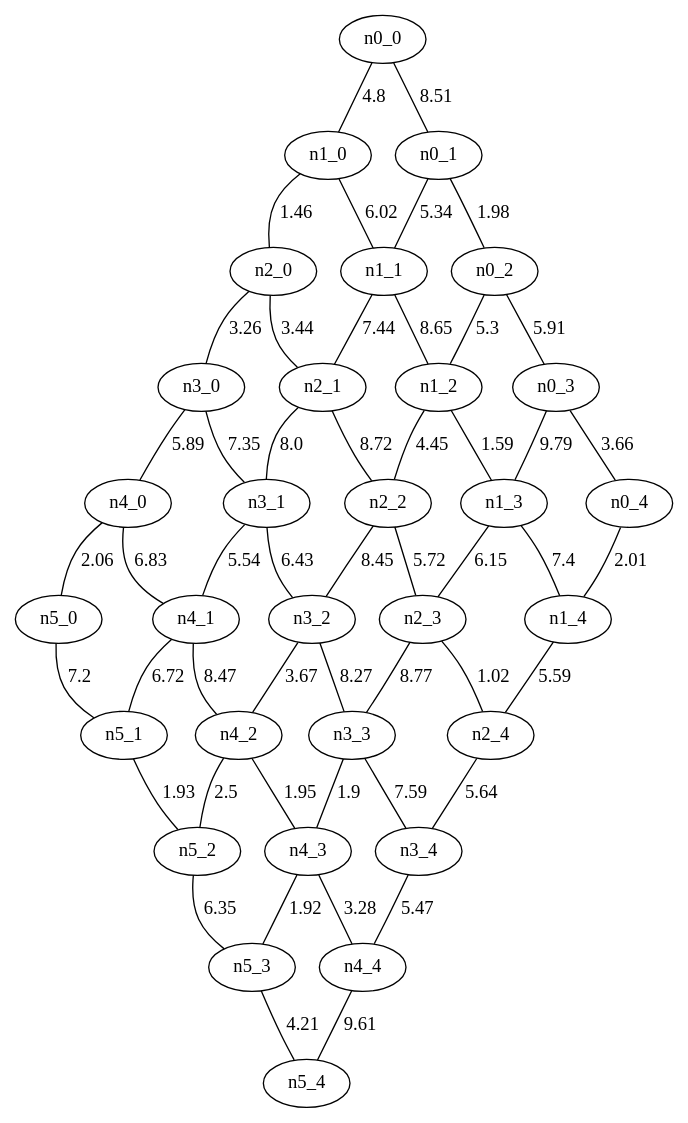
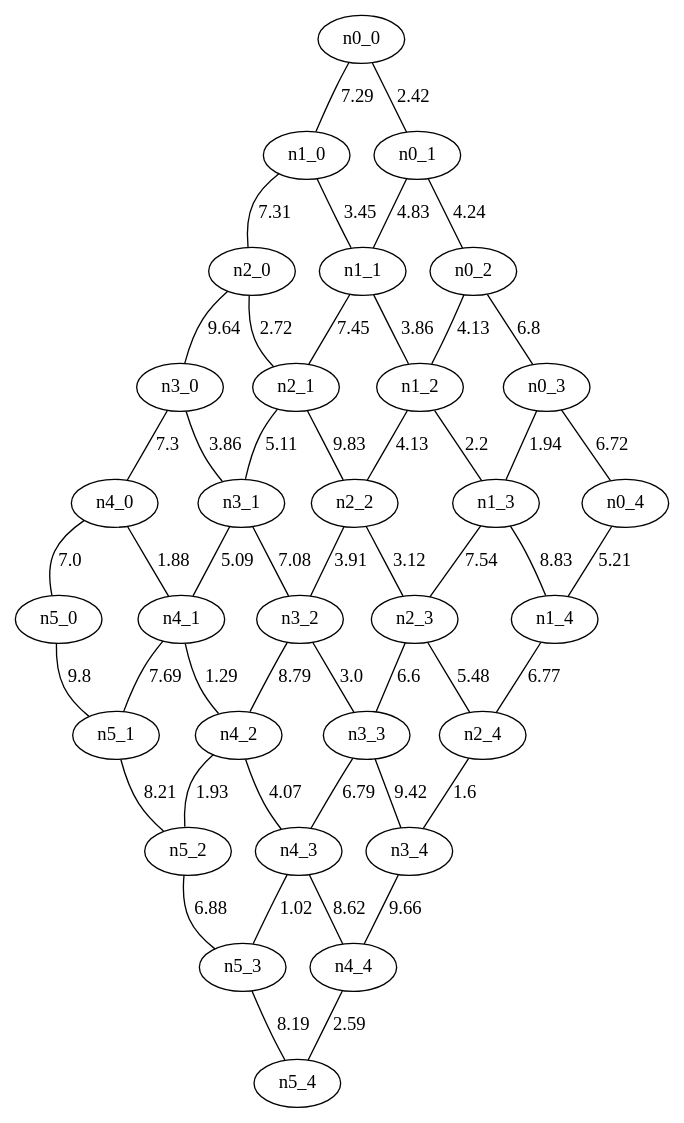
One commit to FranciscoMGL/Proyecto-Algoritmos changed the diagram in grafo_malla_30.gv. Above: the diagram before and after it, drawn with Graphviz. The commit also changed 7 other files, not shown here.

```diff
--- a/grafo_malla_30.gv
+++ b/grafo_malla_30.gv
@@ -1,81 +1,81 @@
 graph G {
 "n1_4";
-"n1_0";
-"n5_3";
+"n4_4";
 "n3_4";
-"n0_3";
 "n1_2";
 "n5_0";
+"n4_3";
+"n1_0";
+"n5_1";
+"n3_0";
+"n5_4";
+"n2_0";
+"n1_1";
+"n5_3";
+"n5_2";
+"n2_1";
+"n2_3";
+"n2_2";
+"n3_3";
+"n1_3";
+"n4_0";
+"n0_4";
+"n4_2";
+"n3_1";
+"n0_1";
+"n0_2";
 "n3_2";
-"n5_1";
-"n2_1";
-"n2_0";
-"n4_0";
-"n4_2";
-"n5_4";
-"n0_4";
-"n3_1";
+"n0_0";
+"n0_3";
 "n2_4";
-"n0_0";
-"n0_1";
-"n1_3";
-"n5_2";
-"n3_3";
-"n3_0";
 "n4_1";
-"n4_4";
-"n4_3";
-"n0_2";
-"n2_3";
-"n1_1";
-"n2_2";
-    "n1_0" -- "n1_1" [label="6.02", len="6.02"];
-    "n1_2" -- "n2_2" [label="4.45", len="4.45"];
-    "n5_2" -- "n5_3" [label="6.35", len="6.35"];
-    "n1_0" -- "n2_0" [label="1.46", len="1.46"];
-    "n4_2" -- "n4_3" [label="1.95", len="1.95"];
-    "n2_1" -- "n2_2" [label="8.72", len="8.72"];
-    "n3_1" -- "n4_1" [label="5.54", len="5.54"];
-    "n4_0" -- "n5_0" [label="2.06", len="2.06"];
-    "n1_4" -- "n2_4" [label="5.59", len="5.59"];
-    "n4_0" -- "n4_1" [label="6.83", len="6.83"];
-    "n4_2" -- "n5_2" [label="2.5", len="2.5"];
-    "n4_4" -- "n5_4" [label="9.61", len="9.61"];
-    "n5_1" -- "n5_2" [label="1.93", len="1.93"];
-    "n4_3" -- "n4_4" [label="3.28", len="3.28"];
-    "n4_1" -- "n4_2" [label="8.47", len="8.47"];
-    "n4_3" -- "n5_3" [label="1.92", len="1.92"];
-    "n0_1" -- "n0_2" [label="1.98", len="1.98"];
-    "n4_1" -- "n5_1" [label="6.72", len="6.72"];
-    "n5_0" -- "n5_1" [label="7.2", len="7.2"];
-    "n1_1" -- "n1_2" [label="8.65", len="8.65"];
-    "n2_4" -- "n3_4" [label="5.64", len="5.64"];
-    "n3_2" -- "n3_3" [label="8.27", len="8.27"];
-    "n1_1" -- "n2_1" [label="7.44", len="7.44"];
-    "n2_0" -- "n3_0" [label="3.26", len="3.26"];
-    "n0_4" -- "n1_4" [label="2.01", len="2.01"];
-    "n2_2" -- "n3_2" [label="8.45", len="8.45"];
-    "n3_1" -- "n3_2" [label="6.43", len="6.43"];
-    "n0_2" -- "n1_2" [label="5.3", len="5.3"];
-    "n3_3" -- "n4_3" [label="1.9", len="1.9"];
-    "n3_4" -- "n4_4" [label="5.47", len="5.47"];
-    "n1_2" -- "n1_3" [label="1.59", len="1.59"];
-    "n0_3" -- "n0_4" [label="3.66", len="3.66"];
-    "n2_3" -- "n2_4" [label="1.02", len="1.02"];
-    "n5_3" -- "n5_4" [label="4.21", len="4.21"];
-    "n0_0" -- "n1_0" [label="4.8", len="4.8"];
-    "n3_3" -- "n3_4" [label="7.59", len="7.59"];
-    "n0_1" -- "n1_1" [label="5.34", len="5.34"];
-    "n1_3" -- "n2_3" [label="6.15", len="6.15"];
-    "n2_0" -- "n2_1" [label="3.44", len="3.44"];
-    "n2_2" -- "n2_3" [label="5.72", len="5.72"];
-    "n0_0" -- "n0_1" [label="8.51", len="8.51"];
-    "n0_2" -- "n0_3" [label="5.91", len="5.91"];
-    "n0_3" -- "n1_3" [label="9.79", len="9.79"];
-    "n2_1" -- "n3_1" [label="8.0", len="8.0"];
-    "n1_3" -- "n1_4" [label="7.4", len="7.4"];
-    "n3_2" -- "n4_2" [label="3.67", len="3.67"];
-    "n2_3" -- "n3_3" [label="8.77", len="8.77"];
-    "n3_0" -- "n3_1" [label="7.35", len="7.35"];
-    "n3_0" -- "n4_0" [label="5.89", len="5.89"];
+    "n4_1" -- "n5_1" [label="7.69", len="7.69"];
+    "n1_1" -- "n1_2" [label="3.86", len="3.86"];
+    "n2_4" -- "n3_4" [label="1.6", len="1.6"];
+    "n5_1" -- "n5_2" [label="8.21", len="8.21"];
+    "n3_1" -- "n4_1" [label="5.09", len="5.09"];
+    "n4_4" -- "n5_4" [label="2.59", len="2.59"];
+    "n0_4" -- "n1_4" [label="5.21", len="5.21"];
+    "n0_2" -- "n0_3" [label="6.8", len="6.8"];
+    "n4_0" -- "n4_1" [label="1.88", len="1.88"];
+    "n0_1" -- "n1_1" [label="4.83", len="4.83"];
+    "n1_2" -- "n1_3" [label="2.2", len="2.2"];
+    "n5_2" -- "n5_3" [label="6.88", len="6.88"];
+    "n1_0" -- "n1_1" [label="3.45", len="3.45"];
+    "n0_2" -- "n1_2" [label="4.13", len="4.13"];
+    "n4_3" -- "n4_4" [label="8.62", len="8.62"];
+    "n2_3" -- "n2_4" [label="5.48", len="5.48"];
+    "n0_3" -- "n0_4" [label="6.72", len="6.72"];
+    "n2_3" -- "n3_3" [label="6.6", len="6.6"];
+    "n2_1" -- "n3_1" [label="5.11", len="5.11"];
+    "n1_3" -- "n2_3" [label="7.54", len="7.54"];
+    "n2_2" -- "n2_3" [label="3.12", len="3.12"];
+    "n3_0" -- "n3_1" [label="3.86", len="3.86"];
+    "n4_2" -- "n5_2" [label="1.93", len="1.93"];
+    "n1_2" -- "n2_2" [label="4.13", len="4.13"];
+    "n1_4" -- "n2_4" [label="6.77", len="6.77"];
+    "n5_0" -- "n5_1" [label="9.8", len="9.8"];
+    "n2_0" -- "n2_1" [label="2.72", len="2.72"];
+    "n3_3" -- "n4_3" [label="6.79", len="6.79"];
+    "n3_2" -- "n4_2" [label="8.79", len="8.79"];
+    "n2_2" -- "n3_2" [label="3.91", len="3.91"];
+    "n3_2" -- "n3_3" [label="3.0", len="3.0"];
+    "n0_0" -- "n0_1" [label="2.42", len="2.42"];
+    "n4_0" -- "n5_0" [label="7.0", len="7.0"];
+    "n1_1" -- "n2_1" [label="7.45", len="7.45"];
+    "n4_1" -- "n4_2" [label="1.29", len="1.29"];
+    "n0_3" -- "n1_3" [label="1.94", len="1.94"];
+    "n4_2" -- "n4_3" [label="4.07", len="4.07"];
+    "n2_0" -- "n3_0" [label="9.64", len="9.64"];
+    "n5_3" -- "n5_4" [label="8.19", len="8.19"];
+    "n3_1" -- "n3_2" [label="7.08", len="7.08"];
+    "n3_4" -- "n4_4" [label="9.66", len="9.66"];
+    "n1_3" -- "n1_4" [label="8.83", len="8.83"];
+    "n0_0" -- "n1_0" [label="7.29", len="7.29"];
+    "n2_1" -- "n2_2" [label="9.83", len="9.83"];
+    "n4_3" -- "n5_3" [label="1.02", len="1.02"];
+    "n1_0" -- "n2_0" [label="7.31", len="7.31"];
+    "n3_0" -- "n4_0" [label="7.3", len="7.3"];
+    "n0_1" -- "n0_2" [label="4.24", len="4.24"];
+    "n3_3" -- "n3_4" [label="9.42", len="9.42"];
 }
```
